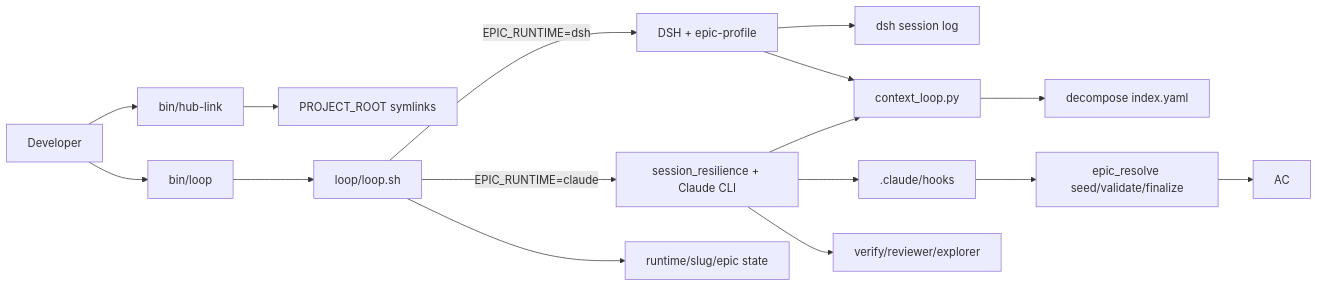
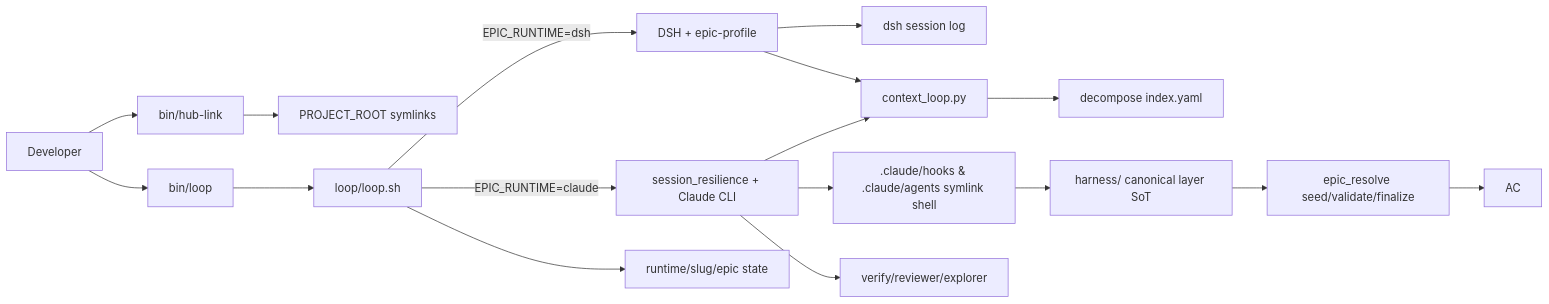
One commit to aeroalgo/dev-hub changed the diagram in memory-bank/architecture/services.md. Above: the diagram before and after it, drawn with Mermaid. The commit also changed other lines of this file and 110 other files, not shown here.

````diff
--- a/memory-bank/architecture/services.md
+++ b/memory-bank/architecture/services.md
@@ -25,18 +26,19 @@
 ```mermaid
 flowchart LR
   Dev[Developer] --> BinLoop[bin/loop]
   Dev --> HubLink[bin/hub-link]
   HubLink --> ProdTree[PROJECT_ROOT symlinks]
   BinLoop --> LoopSh[loop/loop.sh]
   LoopSh -->|EPIC_RUNTIME=claude| Sess[session_resilience + Claude CLI]
   LoopSh -->|EPIC_RUNTIME=dsh| DSH[DSH + epic-profile]
   DSH --> SessLog[dsh session log]
   DSH --> Ctx[context_loop.py]
   Sess --> Ctx[context_loop.py]
   Ctx --> Idx[decompose index.yaml]
   LoopSh --> RT[runtime/slug/epic state]
-  Sess --> Hooks[.claude/hooks]
+  Sess --> Shells[.claude/hooks & .claude/agents symlink shell]
+  Shells --> Harness[harness/ canonical layer SoT]
   Sess --> Gates[verify/reviewer/explorer]
-  Hooks --> EpicRes[epic_resolve seed/validate/finalize]
+  Harness --> EpicRes[epic_resolve seed/validate/finalize]
   EpicRes --> AC
 ```
````
